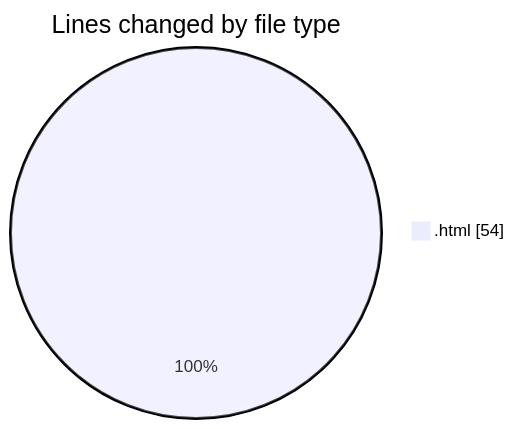
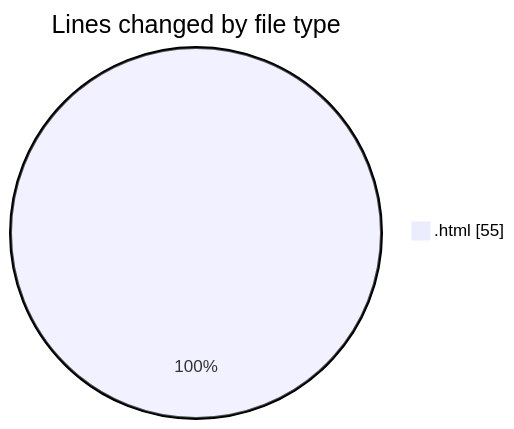
Before and after one commit to hasnaa123/code-tracking: the first of 2 diagrams in 2025-12-24/technologie_web/README.md, drawn with Mermaid. The commit also changed other lines of this file and 1 other file, not shown here.

````diff
--- a/2025-12-24/technologie_web/README.md
+++ b/2025-12-24/technologie_web/README.md
@@ -20,5 +20,5 @@
 ```mermaid
 pie showData
 title Lines changed by file type
-".html" : 54
+".html" : 55
 ```
````
